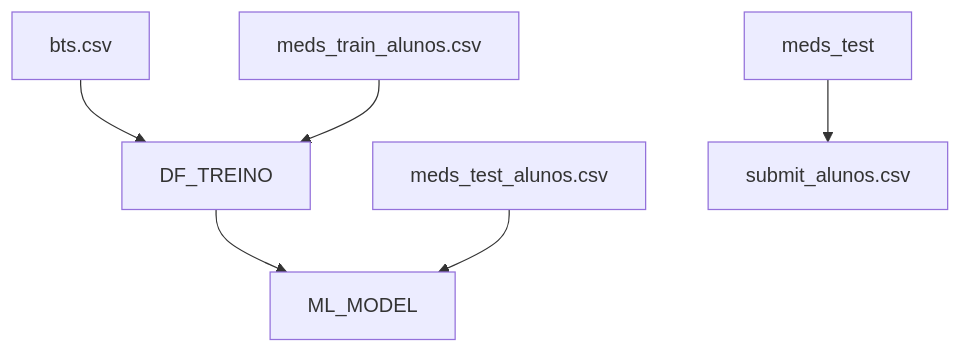
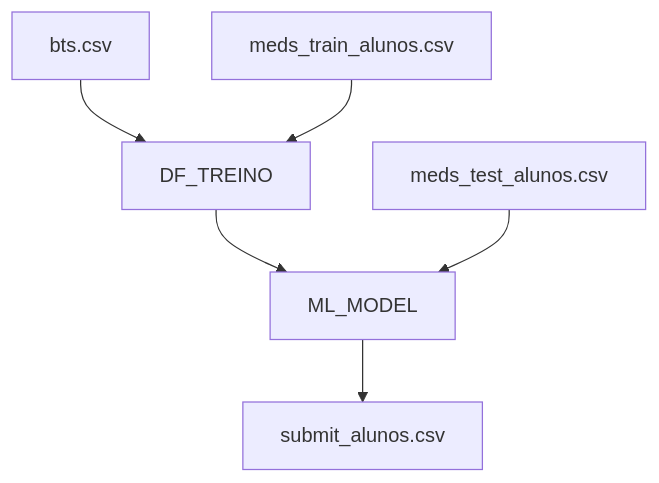
One commit to timotrob/PComLocDados changed the diagram in README.md. Above: the diagram before and after it, drawn with Mermaid.

````diff
--- a/README.md
+++ b/README.md
@@ -89,8 +89,8 @@
 ```mermaid
 graph TD;
     bts.csv-->DF_TREINO;
      meds_train_alunos.csv-->DF_TREINO;
      DF_TREINO-->ML_MODEL;
      meds_test_alunos.csv-->ML_MODEL;
-    meds_test-->submit_alunos.csv;
+    ML_MODEL-->submit_alunos.csv;
 ```
````
